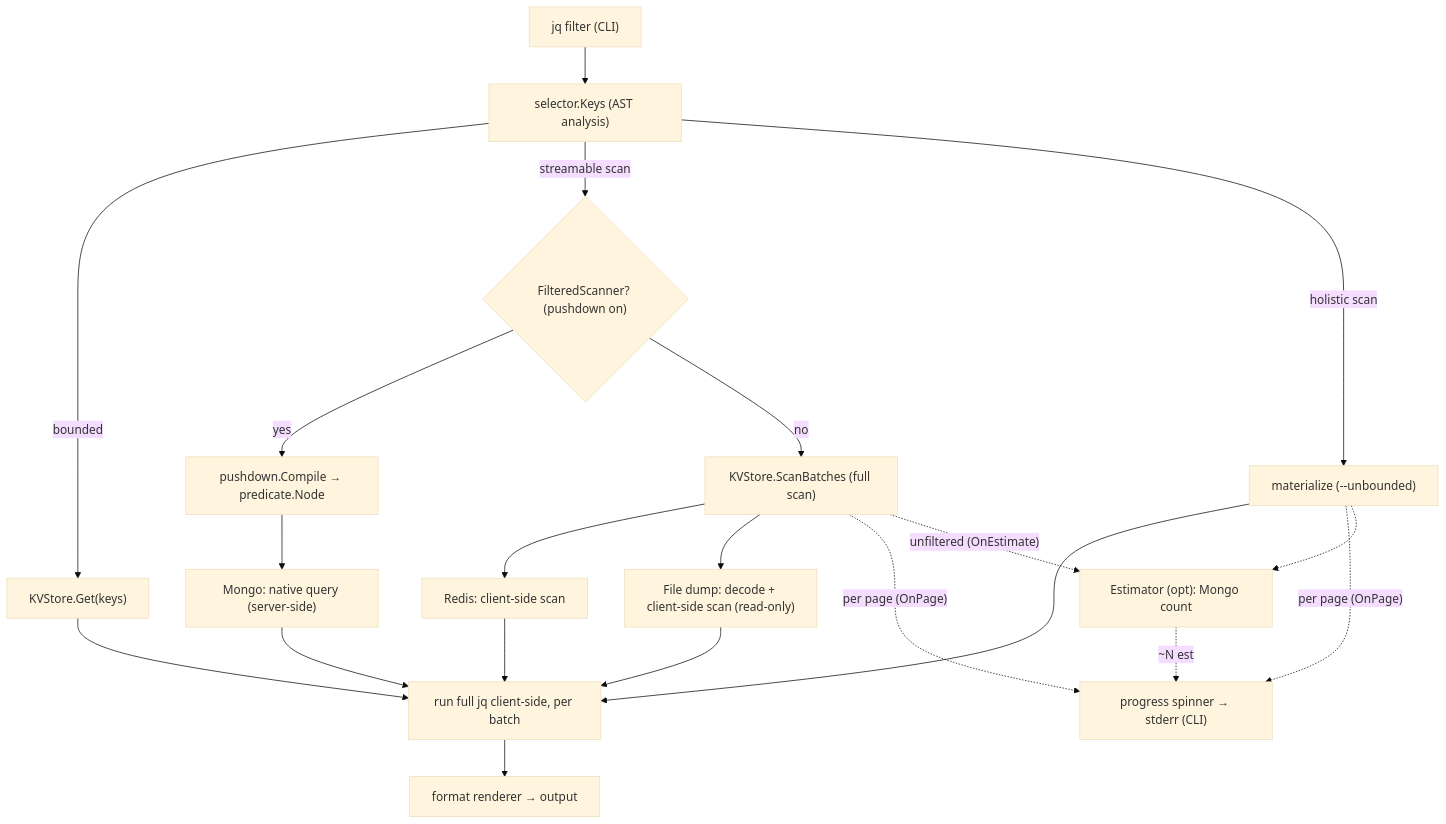
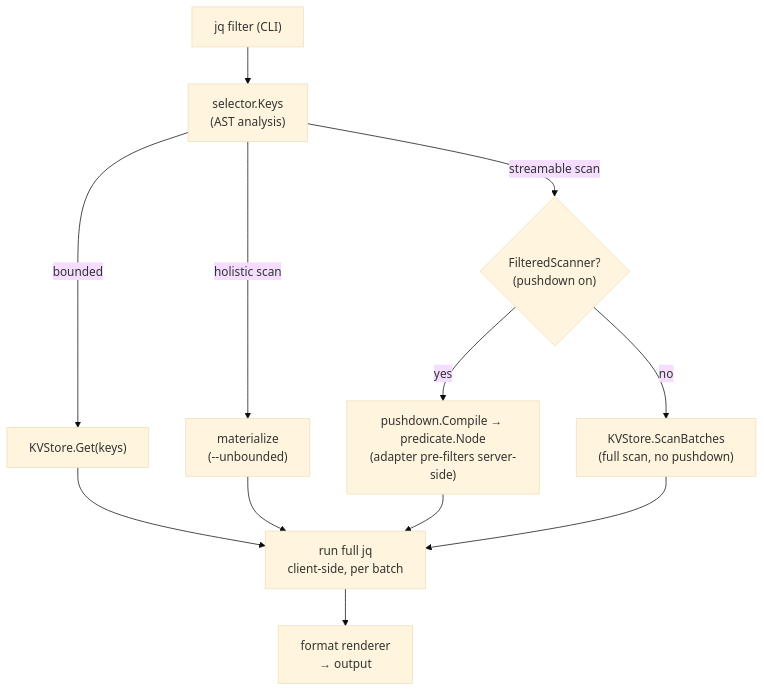
One commit to zsltg/iq changed the first of 2 diagrams in README.md. Above: the diagram before and after it, drawn with Mermaid (base theme). The commit also changed other lines of this file, not shown here.

Commit message:
docs(readme): compact architecture diagrams and make them backend-agnostic
Split the read and write paths already; now wrap node labels, move the
progress/estimator side-channel into prose, and replace named Mongo/Redis/
file nodes with capability-framed adapter nodes so the diagrams render
compactly and stay accurate as more backends are added. Also subordinate
file:// under --src in the movement node.

````diff
--- a/README.md
+++ b/README.md
@@ -706,27 +706,16 @@
 ```mermaid
 graph TD
-  F["jq filter (CLI)"] --> SEL["selector.Keys (AST analysis)"]
+  F["jq filter (CLI)"] --> SEL["selector.Keys<br/>(AST analysis)"]
   SEL -->|bounded| GET["KVStore.Get(keys)"]
-  SEL -->|"streamable scan"| CMP{"FilteredScanner? (pushdown on)"}
-  SEL -->|"holistic scan"| MAT["materialize (--unbounded)"]
+  SEL -->|"streamable scan"| CMP{"FilteredScanner?<br/>(pushdown on)"}
+  SEL -->|"holistic scan"| MAT["materialize<br/>(--unbounded)"]
 
-  CMP -->|yes| PD["pushdown.Compile → predicate.Node"]
-  CMP -->|no| RS["KVStore.ScanBatches (full scan)"]
+  CMP -->|yes| PD["pushdown.Compile → predicate.Node<br/>(adapter pre-filters server-side)"]
+  CMP -->|no| RS["KVStore.ScanBatches<br/>(full scan, no pushdown)"]
 
-  PD --> MG["Mongo: native query (server-side)"]
-  RS --> RD["Redis: client-side scan"]
-  RS --> FL["File dump: decode + client-side scan (read-only)"]
-
-  GET --> JQ["run full jq client-side, per batch"]
+  GET --> JQ["run full jq<br/>client-side, per batch"]
   MAT --> JQ
-  MG --> JQ
-  RD --> JQ
-  FL --> JQ
-  JQ --> OUT["format renderer → output"]
-
-  RS -.->|"per page (OnPage)"| PROG["progress spinner → stderr (CLI)"]
-  MAT -.->|"per page (OnPage)"| PROG
-  RS -.->|"unfiltered (OnEstimate)"| EST["Estimator (opt): Mongo count"]
-  MAT -.-> EST
-  EST -.->|"~N est"| PROG
+  PD --> JQ
+  RS --> JQ
+  JQ --> OUT["format renderer<br/>→ output"]
 ```
````
